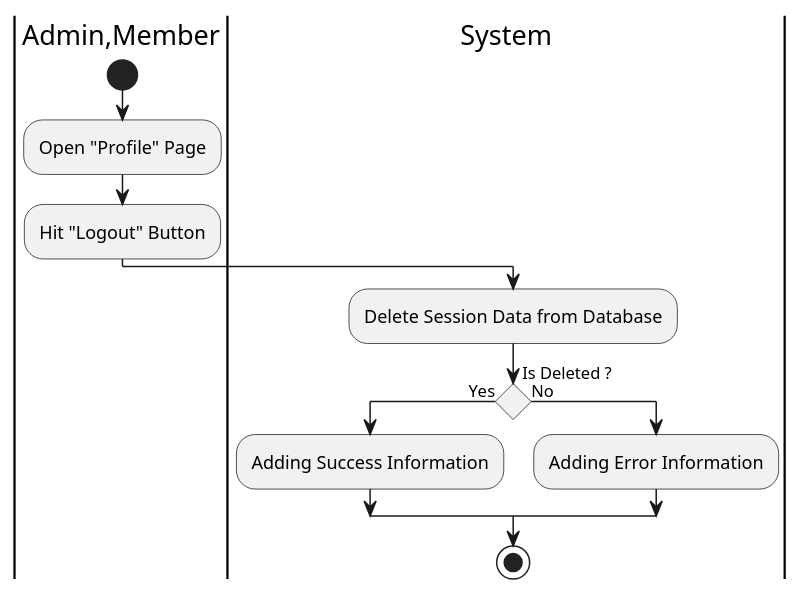
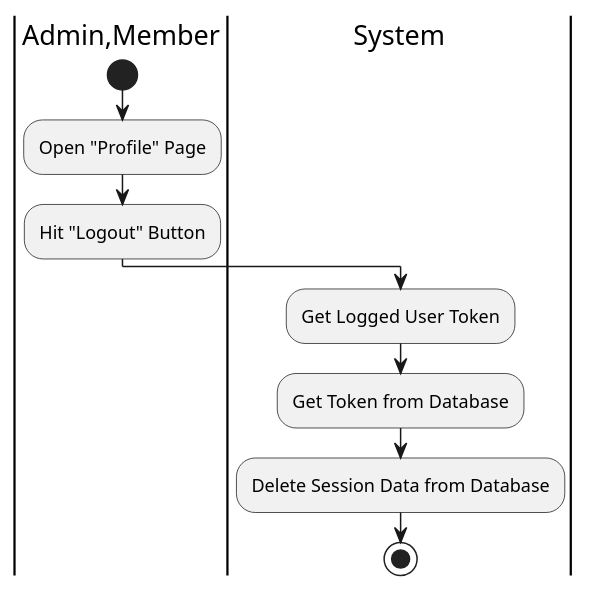
Before and after one commit to fwidjaya20/fazzlearning-uml: the diagram in Activity/Release01/Logout.wsd, drawn with PlantUML. The commit also changed 7 other files, not shown here.

```diff
--- a/Activity/Release01/Logout.wsd
+++ b/Activity/Release01/Logout.wsd
@@ -1,23 +1,19 @@
 @startuml Logout
 
 skinparam ConditionEndStyle hline
 skinparam conditionStyle diamond
 skinparam Monochrome true
 skinparam Shadowing false
 
 |Admin,Member|
 start
 :Open "Profile" Page;
 :Hit "Logout" Button;
 
 |System|
+:Get Logged User Token;
+:Get Token from Database;
 :Delete Session Data from Database;
-|System|
-if (Is Deleted ?) then (Yes)
-    :Adding Success Information;
-else (No)
-    :Adding Error Information;
-endif
 stop
 
 @enduml
```
